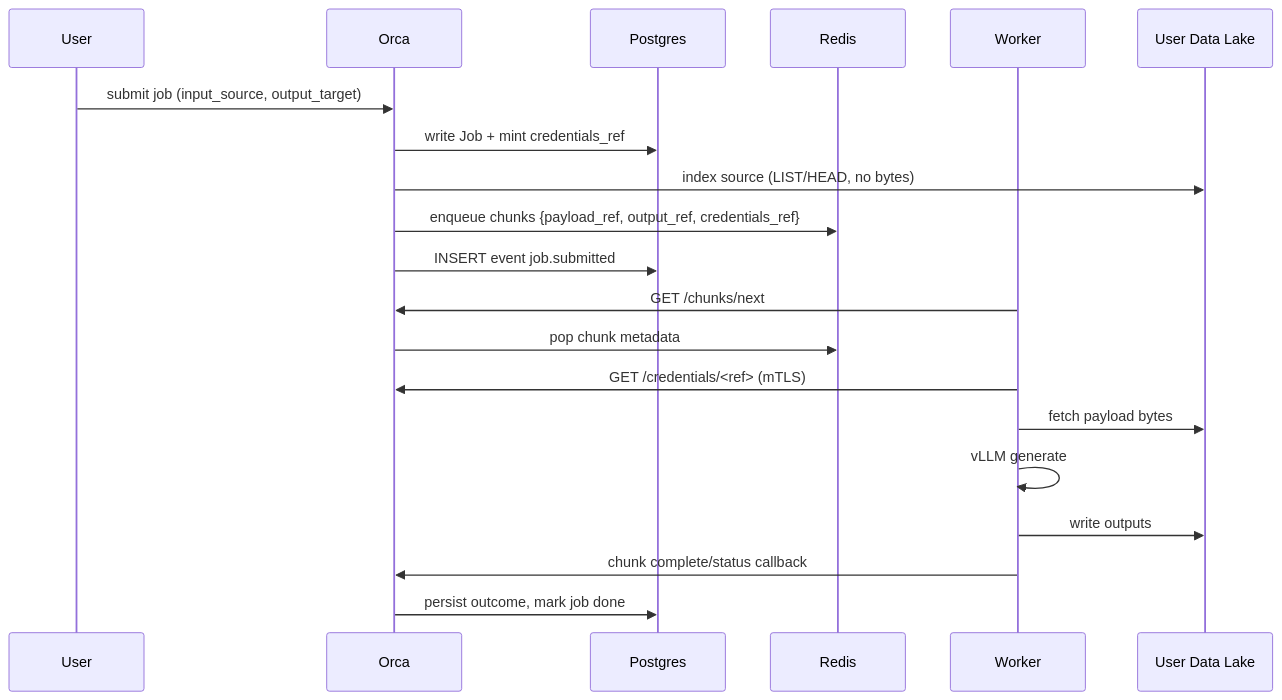
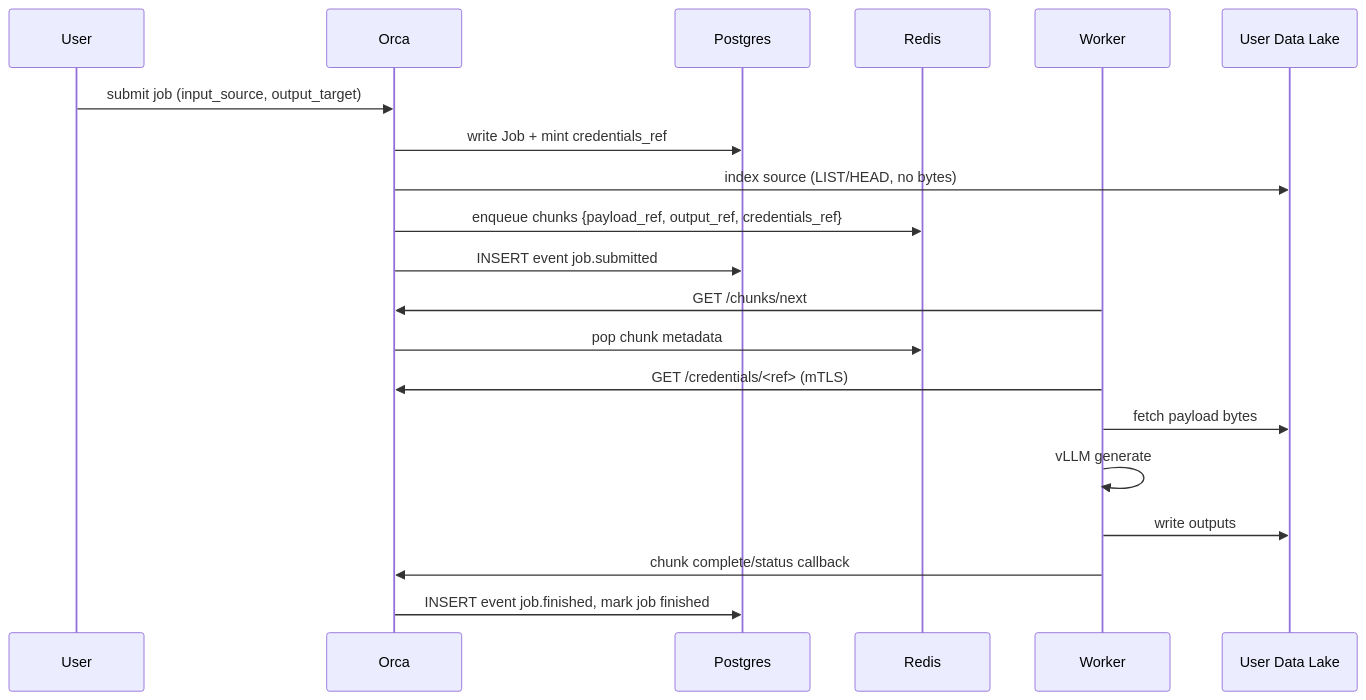
The third of 5 diagrams in DATA_ARCHITECTURE.md (Tandemn-Labs/tandemn-store), drawn with Mermaid before and after one commit. The commit also changed other lines of this file and 31 other files, not shown here.

First line of the commit message:
schema: minimal MVP spine — 4 job statuses, action plans, no traversal

````diff
--- a/DATA_ARCHITECTURE.md
+++ b/DATA_ARCHITECTURE.md
@@ -300,23 +257,23 @@
 ```mermaid
 sequenceDiagram
     participant User
     participant Orca
     participant Postgres
     participant Redis
     participant Worker
     participant Lake as User Data Lake
 
     User->>Orca: submit job (input_source, output_target)
     Orca->>Postgres: write Job + mint credentials_ref
     Orca->>Lake: index source (LIST/HEAD, no bytes)
     Orca->>Redis: enqueue chunks {payload_ref, output_ref, credentials_ref}
     Orca->>Postgres: INSERT event job.submitted
     Worker->>Orca: GET /chunks/next
     Orca->>Redis: pop chunk metadata
     Worker->>Orca: GET /credentials/<ref> (mTLS)
     Worker->>Lake: fetch payload bytes
     Worker->>Worker: vLLM generate
     Worker->>Lake: write outputs
     Worker->>Orca: chunk complete/status callback
-    Orca->>Postgres: persist outcome, mark job done
+    Orca->>Postgres: INSERT event job.finished, mark job finished
 ```
````
